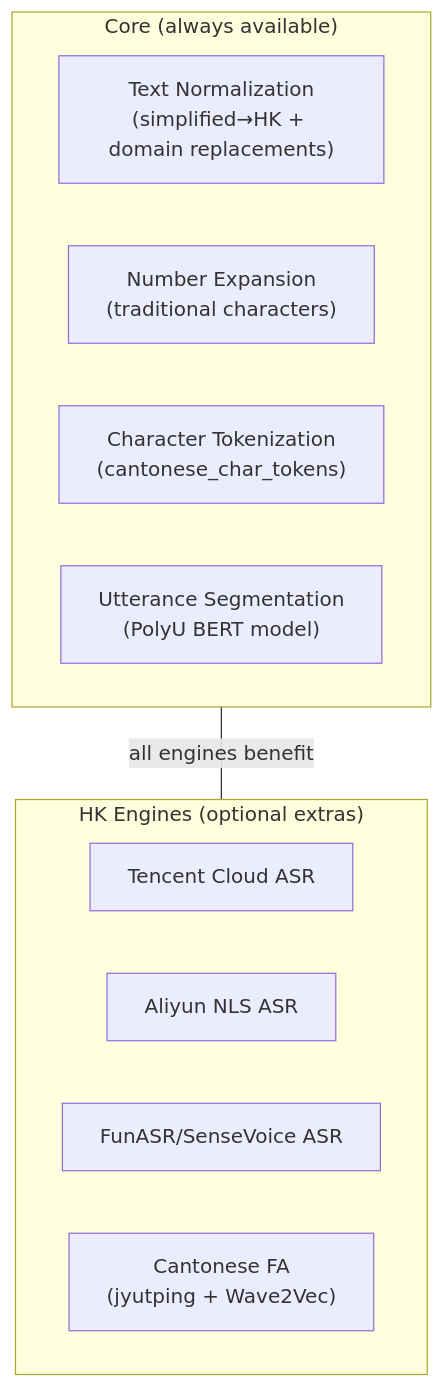
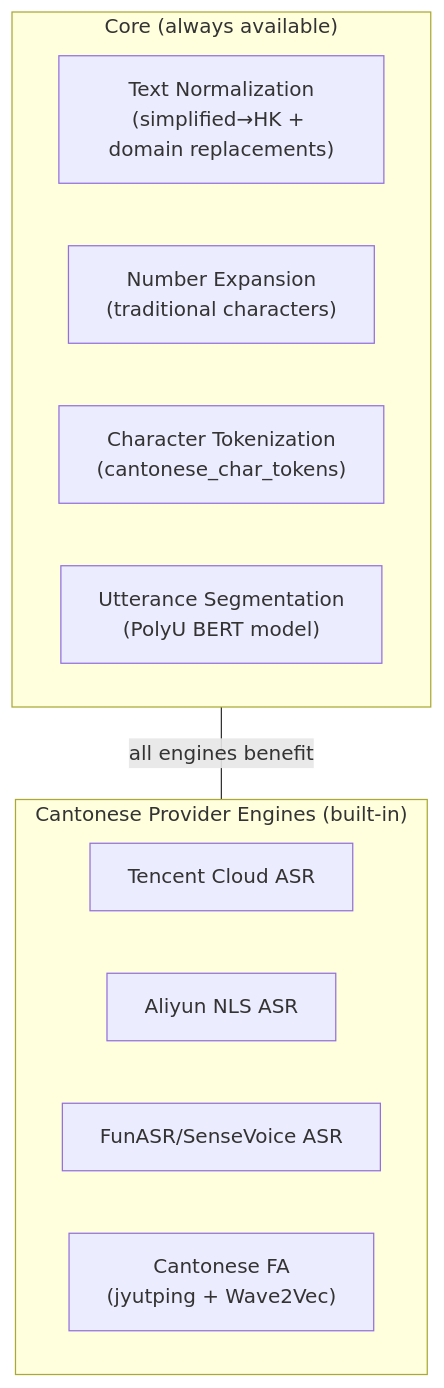
Before and after one commit to TalkBank/batchalign3: the diagram in book/src/reference/cantonese-processing.md, drawn with Mermaid. The commit also changed other lines of this file and 219 other files, not shown here.

First line of the commit message:
feat: rearchitecture for Houjun handoff — workflow registry, type safety, memory guard

````diff
--- a/book/src/reference/cantonese-processing.md
+++ b/book/src/reference/cantonese-processing.md
@@ -12,18 +12,18 @@
 ```mermaid
 flowchart TD
     subgraph core["Core (always available)"]
         norm["Text Normalization\n(simplified→HK + domain replacements)"]
         numexp["Number Expansion\n(traditional characters)"]
         chartok["Character Tokenization\n(cantonese_char_tokens)"]
         utseg["Utterance Segmentation\n(PolyU BERT model)"]
     end
 
-    subgraph hk["HK Engines (optional extras)"]
+    subgraph hk["Cantonese Provider Engines (built-in)"]
         tencent["Tencent Cloud ASR"]
         aliyun["Aliyun NLS ASR"]
         funasr["FunASR/SenseVoice ASR"]
         cantofa["Cantonese FA\n(jyutping + Wave2Vec)"]
     end
 
     core ---|all engines benefit| hk
 ```
````
